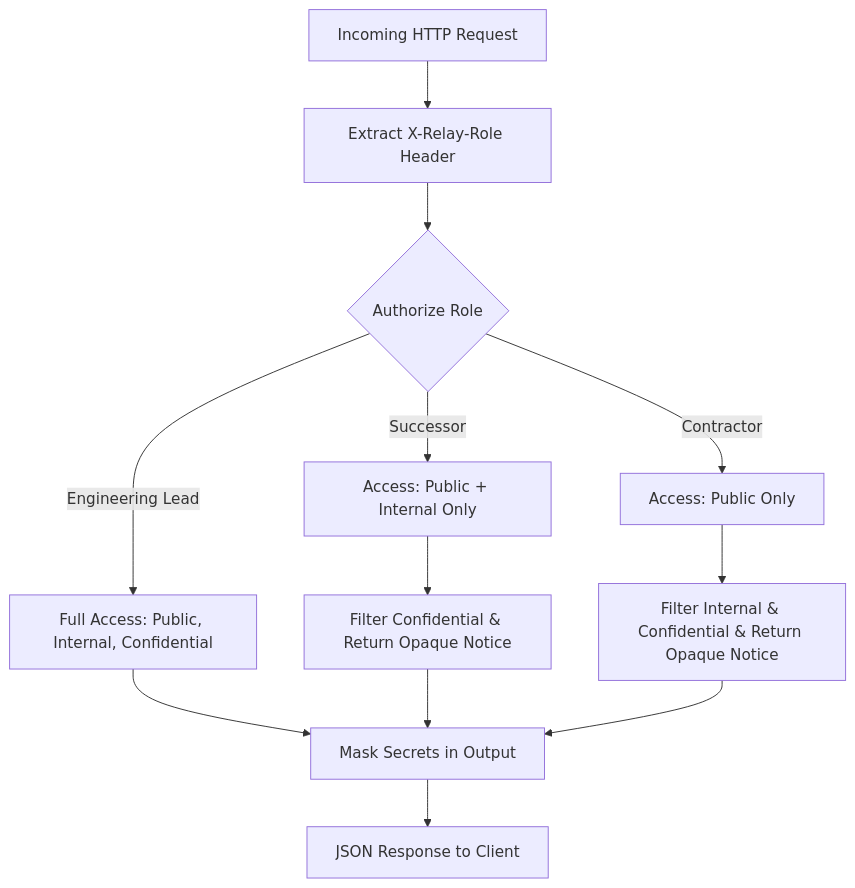
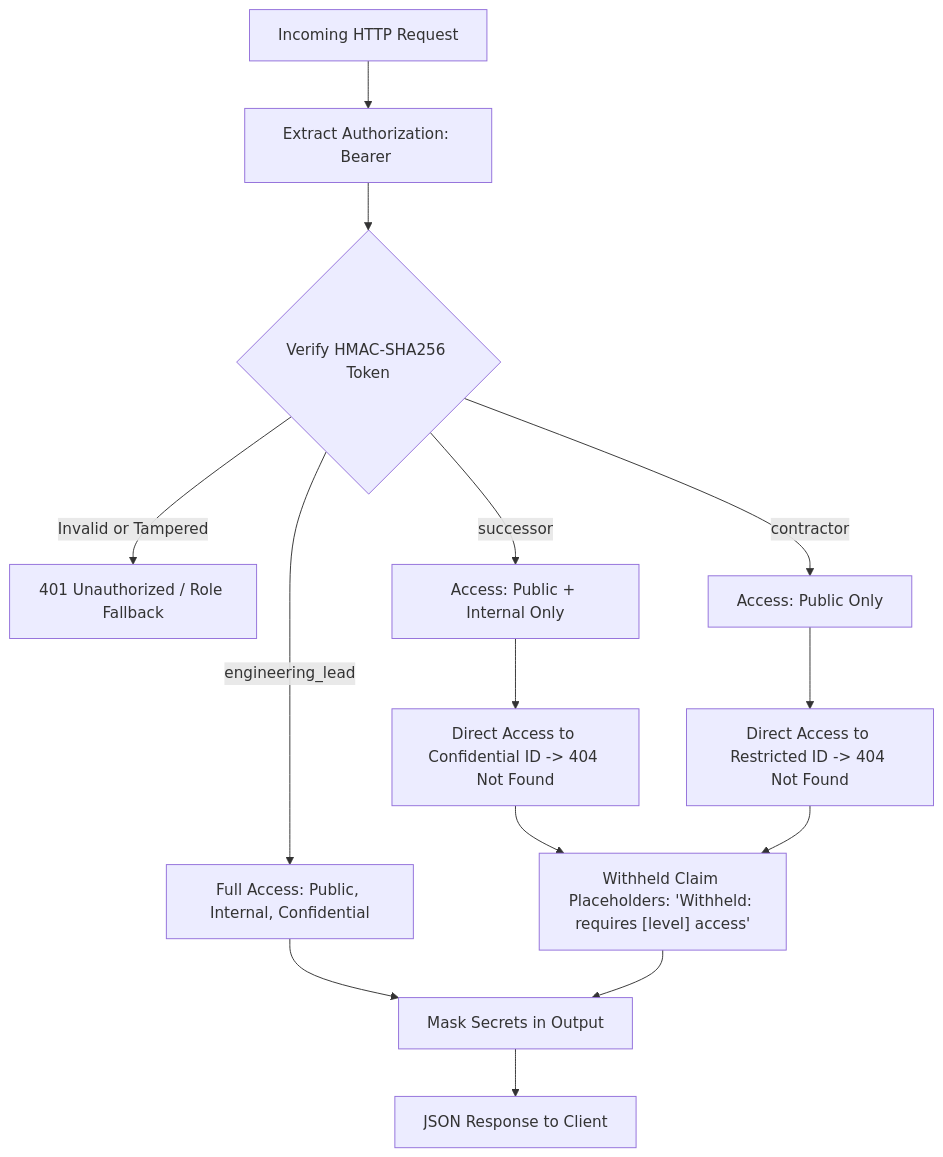
One commit to harshaldhonge2007-sudo/relay-ai changed the diagram in PRIVACY_AND_RESPONSIBLE_DESIGN.md. Above: the diagram before and after it, drawn with Mermaid. The commit also changed other lines of this file and 40 other files, not shown here.

````diff
--- a/PRIVACY_AND_RESPONSIBLE_DESIGN.md
+++ b/PRIVACY_AND_RESPONSIBLE_DESIGN.md
@@ -16,17 +16,20 @@
 ```mermaid
 flowchart TD
-    UserReq["Incoming HTTP Request"] --> RoleHdr["Extract X-Relay-Role Header"]
-    RoleHdr --> AuthCheck{"Authorize Role"}
+    UserReq["Incoming HTTP Request"] --> AuthHdr["Extract Authorization: Bearer <token>"]
+    AuthHdr --> TokenVerify{"Verify HMAC-SHA256 Token"}
     
-    AuthCheck -->|"Engineering Lead"| FullAccess["Full Access: Public, Internal, Confidential"]
-    AuthCheck -->|"Successor"| SuccessorAccess["Access: Public + Internal Only"]
-    AuthCheck -->|"Contractor"| PublicAccess["Access: Public Only"]
+    TokenVerify -->|"Invalid or Tampered"| RejectAuth["401 Unauthorized / Role Fallback"]
+    TokenVerify -->|"engineering_lead"| FullAccess["Full Access: Public, Internal, Confidential"]
+    TokenVerify -->|"successor"| SuccessorAccess["Access: Public + Internal Only"]
+    TokenVerify -->|"contractor"| PublicAccess["Access: Public Only"]
 
     FullAccess --> MaskSecrets["Mask Secrets in Output"]
-    SuccessorAccess --> WithholdNotice["Filter Confidential & Return Opaque Notice"]
-    PublicAccess --> WithholdNotice2["Filter Internal & Confidential & Return Opaque Notice"]
+    SuccessorAccess --> Filter404["Direct Access to Confidential ID -> 404 Not Found"]
+    PublicAccess --> Filter404_2["Direct Access to Restricted ID -> 404 Not Found"]
 
-    WithholdNotice --> MaskSecrets
-    WithholdNotice2 --> MaskSecrets
+    Filter404 --> WithheldClaims["Withheld Claim Placeholders: 'Withheld: requires [level] access'"]
+    Filter404_2 --> WithheldClaims
+
+    WithheldClaims --> MaskSecrets
     MaskSecrets --> Response["JSON Response to Client"]
 ```
````
